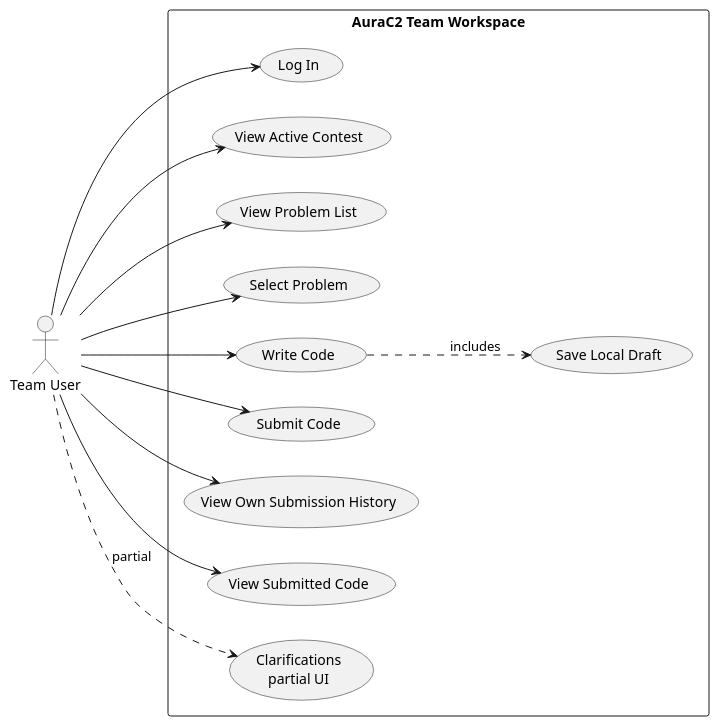
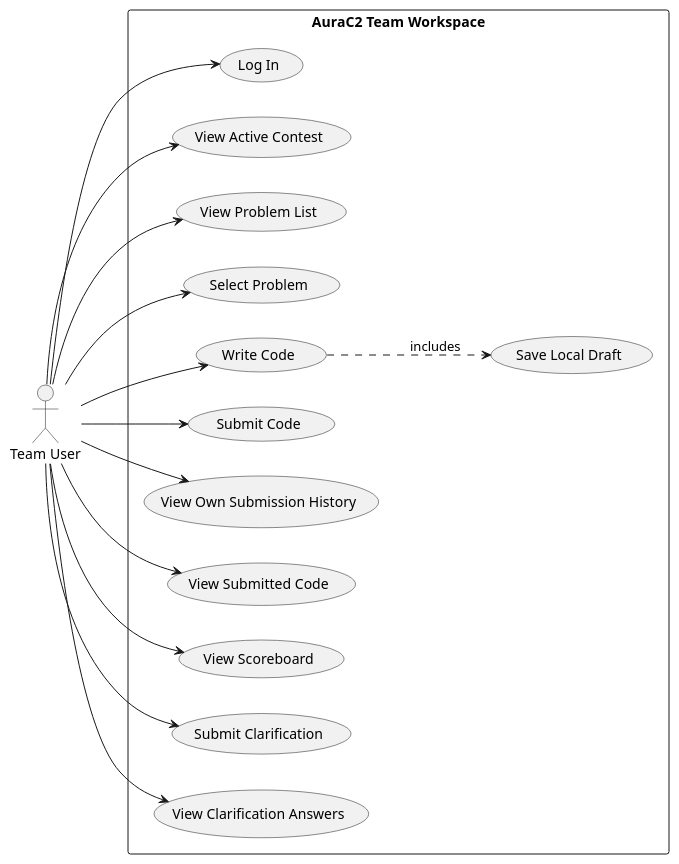
Before and after one commit to AuraC-graduate-project/AuraC2: the fifth of 17 diagrams in docs/report-rebuild/diagram-prompts.md, drawn with PlantUML. The commit also changed other lines of this file and 10 other files, not shown here.

````diff
--- a/docs/report-rebuild/diagram-prompts.md
+++ b/docs/report-rebuild/diagram-prompts.md
@@ -177,28 +179,32 @@
 ```plantuml
 @startuml
 left to right direction
 actor "Team User" as Team
 rectangle "AuraC2 Team Workspace" {
   usecase "Log In" as T1
   usecase "View Active Contest" as T2
   usecase "View Problem List" as T3
   usecase "Select Problem" as T4
   usecase "Write Code" as T5
   usecase "Save Local Draft" as T6
   usecase "Submit Code" as T7
   usecase "View Own Submission History" as T8
   usecase "View Submitted Code" as T9
-  usecase "Clarifications\npartial UI" as T10
+  usecase "View Scoreboard" as T10
+  usecase "Submit Clarification" as T11
+  usecase "View Clarification Answers" as T12
 }
 Team --> T1
 Team --> T2
 Team --> T3
 Team --> T4
 Team --> T5
 T5 ..> T6 : includes
 Team --> T7
 Team --> T8
 Team --> T9
-Team ..> T10 : partial
+Team --> T10
+Team --> T11
+Team --> T12
 @enduml
 ```
````
